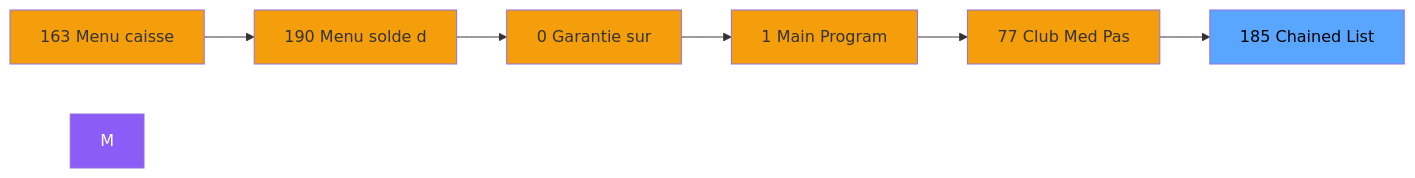
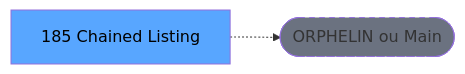
One commit to thonyAGP/lecteur-magic changed the second of 3 diagrams in .openspec/renders/ADH-IDE-185.md. Above: the diagram before and after it, drawn with Mermaid. The commit also changed other lines of this file and 701 other files, not shown here.

````diff
--- a/.openspec/renders/ADH-IDE-185.md
+++ b/.openspec/renders/ADH-IDE-185.md
@@ -108,21 +117,8 @@
 ```mermaid
 graph LR
-    N163[163 Menu caisse ]
-    N190[190 Menu solde d]
-    N0[0 Garantie sur]
-    N1[1 Main Program]
-    N77[77 Club Med Pas]
-    T[185 Chained List]
-    N163 --> N190
-    N190 --> N0
-    N0 --> N1
-    N1 --> N77
-    N77 --> T
-    style M fill:#8b5cf6,color:#fff
-    style N163 fill:#f59e0b
-    style N190 fill:#f59e0b
-    style N0 fill:#f59e0b
-    style N1 fill:#f59e0b
-    style N77 fill:#f59e0b
+    T[185 Chained Listing]
+    ORPHAN([ORPHELIN ou Main])
+    T -.-> ORPHAN
     style T fill:#58a6ff,color:#000
+    style ORPHAN fill:#6b7280,stroke-dasharray: 5 5
 ```
````
